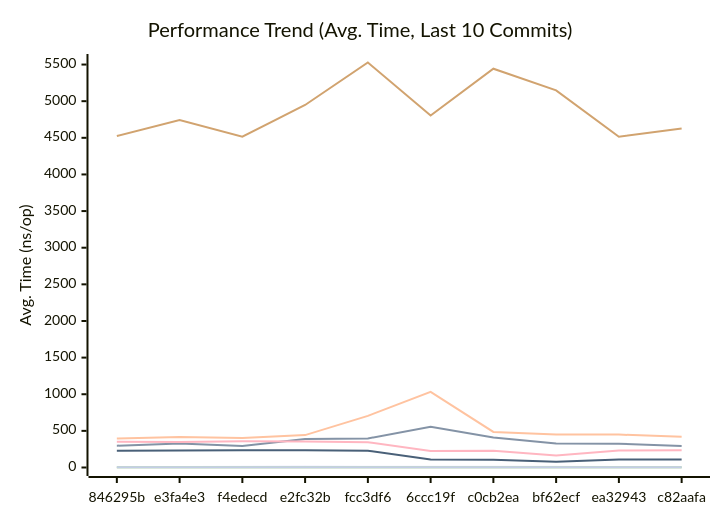
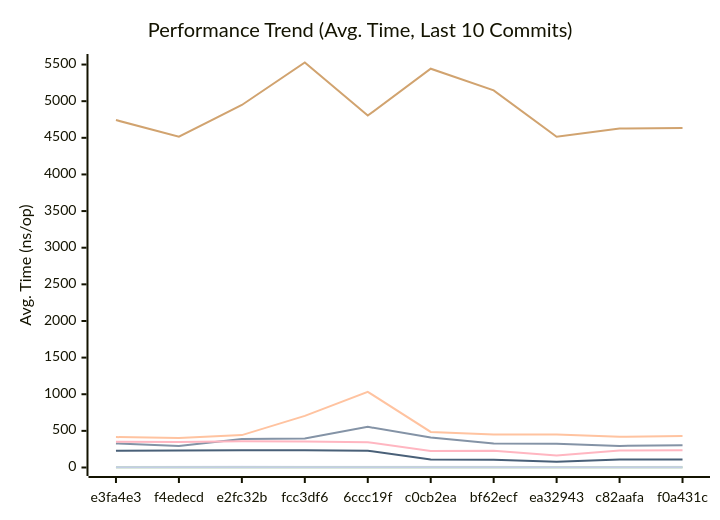
The first of 3 diagrams in docs/PERFORMANCE.md (alsotoes/momo), drawn with Mermaid before and after one commit. The commit also changed other lines of this file and 2 other files, not shown here.

````diff
--- a/docs/PERFORMANCE.md
+++ b/docs/PERFORMANCE.md
@@ -80,16 +80,16 @@
 ```mermaid
 xychart-beta
     title "Performance Trend (Avg. Time, Last 10 Commits)"
     x-axis "Commit"
     y-axis "Avg. Time (ns/op)"
-    x-axis [846295b,e3fa4e3,f4edecd,e2fc32b,fcc3df6,6ccc19f,c0cb2ea,bf62ecf,ea32943,c82aafa]
-    line "CheckMetricsAndSwap" [8,8,9,13,9,9,11,10,8,8]
-    line "CrushOptimized" [297,329,295,389,396,555,408,327,324,295]
-    line "CrushOriginal" [396,415,403,442,705,1033,485,449,449,419]
-    line "IndexDirectTracking" [0,0,0,0,0,0,1,0,0,0]
-    line "IndexSearch" [2,2,2,2,2,2,3,2,2,2]
-    line "LoadGlobalConfig" [4524,4742,4516,4948,5528,4804,5443,5148,4514,4627]
+    x-axis [e3fa4e3,f4edecd,e2fc32b,fcc3df6,6ccc19f,c0cb2ea,bf62ecf,ea32943,c82aafa,f0a431c]
+    line "CheckMetricsAndSwap" [8,9,13,9,9,11,10,8,8,10]
+    line "CrushOptimized" [329,295,389,396,555,408,327,324,295,302]
+    line "CrushOriginal" [415,403,442,705,1033,485,449,449,419,429]
+    line "IndexDirectTracking" [0,0,0,0,0,1,0,0,0,0]
+    line "IndexSearch" [2,2,2,2,2,3,2,2,2,2]
+    line "LoadGlobalConfig" [4742,4516,4948,5528,4804,5443,5148,4514,4627,4633]
     line "PadString" [2,2,2,2,2,2,2,2,2,2]
     line "ParseReplicationOrder_NoPrealloc" [350,349,357,354,345,225,229,165,232,234]
     line "ParseReplicationOrder_Prealloc" [229,231,237,234,229,108,107,80,110,109]
 ```
````
